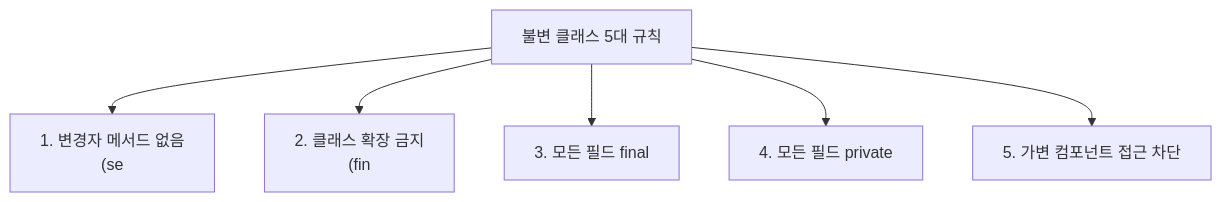
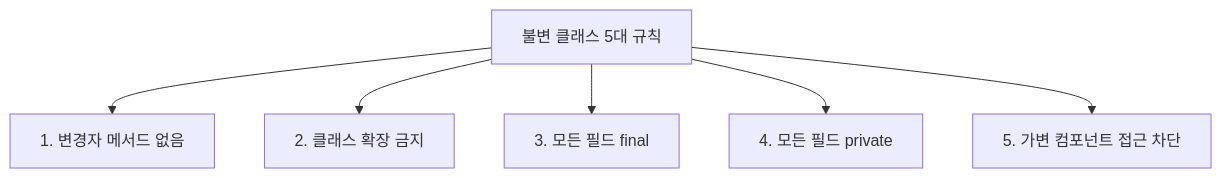
Before and after one commit to yjkim2015/yjkim2015.github.io: the first of 3 diagrams in _posts/java/2022-01-03-effective-java17.md, drawn with Mermaid. The commit also changed other lines of this file and 217 other files, not shown here.

First line of the commit message:
Mermaid 크기 수정: useMaxWidth:true + SVG max-width:100% + 라벨 축소

````diff
--- a/_posts/java/2022-01-03-effective-java17.md
+++ b/_posts/java/2022-01-03-effective-java17.md
@@ -18,8 +18,8 @@
 ```mermaid
 graph TD
-    A["불변 클래스 5대 규칙"] --> B["1. 변경자 메서드 없음\n(se"]
-    A --> C["2. 클래스 확장 금지\n(fin"]
+    A["불변 클래스 5대 규칙"] --> B["1. 변경자 메서드 없음"]
+    A --> C["2. 클래스 확장 금지"]
     A --> D["3. 모든 필드 final"]
     A --> E["4. 모든 필드 private"]
-    A --> F["5. 가변 컴포넌트 접근 차단\n"]
+    A --> F["5. 가변 컴포넌트 접근 차단"]
 ```
````
